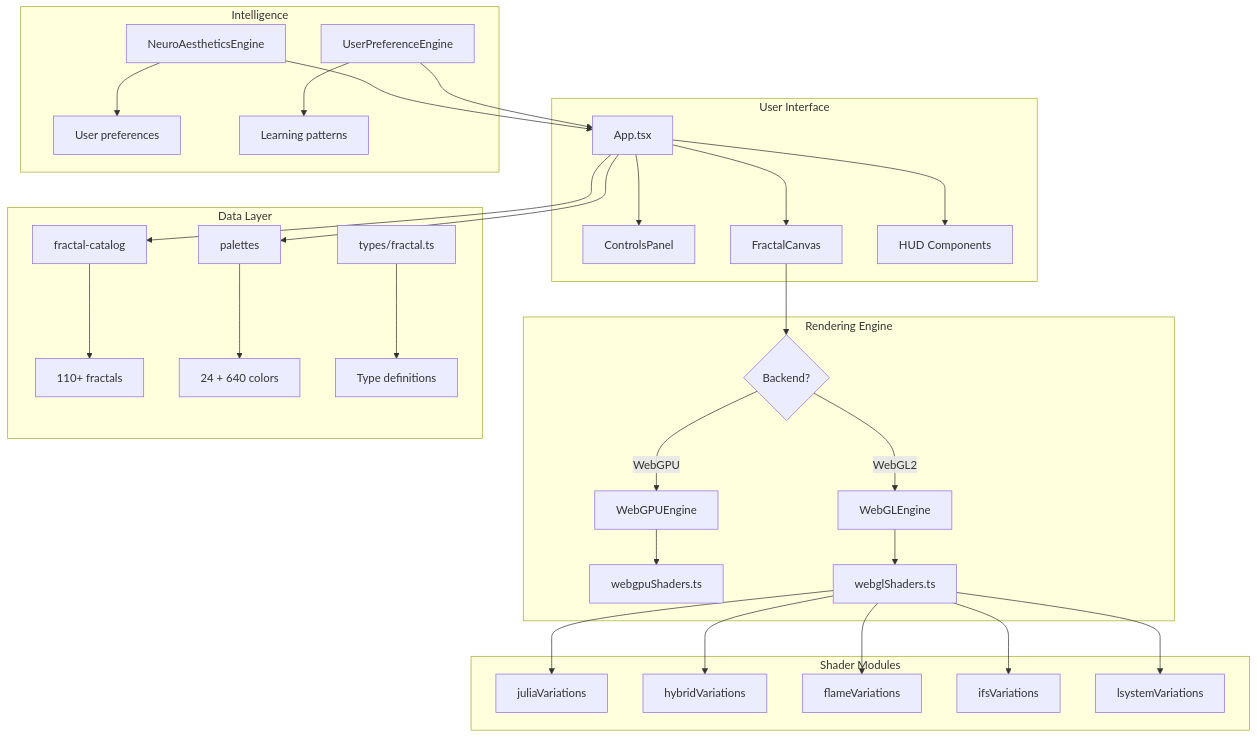
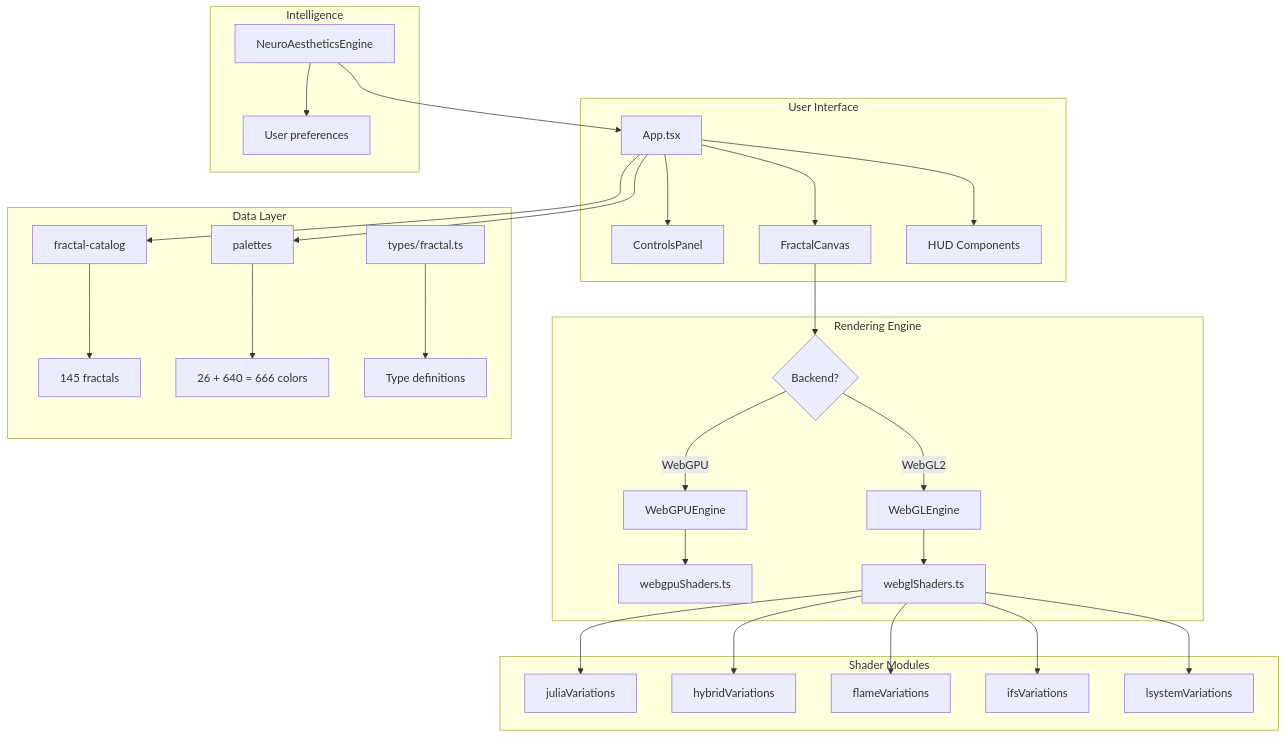
Before and after one commit to bouncemonster/swype-imagine: the first of 10 diagrams in docs/ARCHITECTURE_DIAGRAMS.md, drawn with Mermaid. The commit also changed other lines of this file and 55 other files, not shown here.

````diff
--- a/docs/ARCHITECTURE_DIAGRAMS.md
+++ b/docs/ARCHITECTURE_DIAGRAMS.md
@@ -5,40 +5,38 @@
 ```mermaid
 graph TB
     subgraph "User Interface"
         A[App.tsx] --> B[ControlsPanel]
         A --> C[FractalCanvas]
         A --> D[HUD Components]
     end
     
     subgraph "Rendering Engine"
         C --> E{Backend?}
         E -->|WebGPU| F[WebGPUEngine]
         E -->|WebGL2| G[WebGLEngine]
         F --> H[webgpuShaders.ts]
         G --> I[webglShaders.ts]
     end
     
     subgraph "Shader Modules"
         I --> J[juliaVariations]
         I --> K[hybridVariations]
         I --> L[flameVariations]
         I --> M[ifsVariations]
         I --> N[lsystemVariations]
     end
     
     subgraph "Data Layer"
-        O[fractal-catalog] --> P[110+ fractals]
-        Q[palettes] --> R[24 + 640 colors]
+        O[fractal-catalog] --> P[145 fractals]
+        Q[palettes] --> R[26 + 640 = 666 colors]
         S[types/fractal.ts] --> T[Type definitions]
     end
     
     subgraph "Intelligence"
         U[NeuroAestheticsEngine] --> V[User preferences]
-        W[UserPreferenceEngine] --> X[Learning patterns]
     end
     
     A --> O
     A --> Q
     U --> A
-    W --> A
 ```
````
